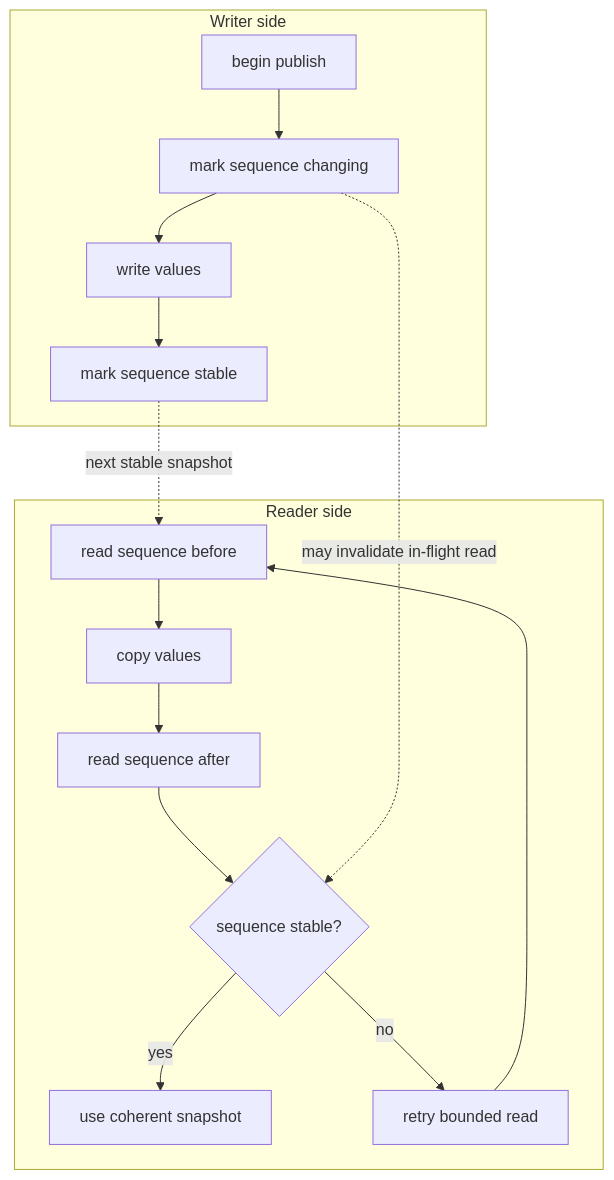
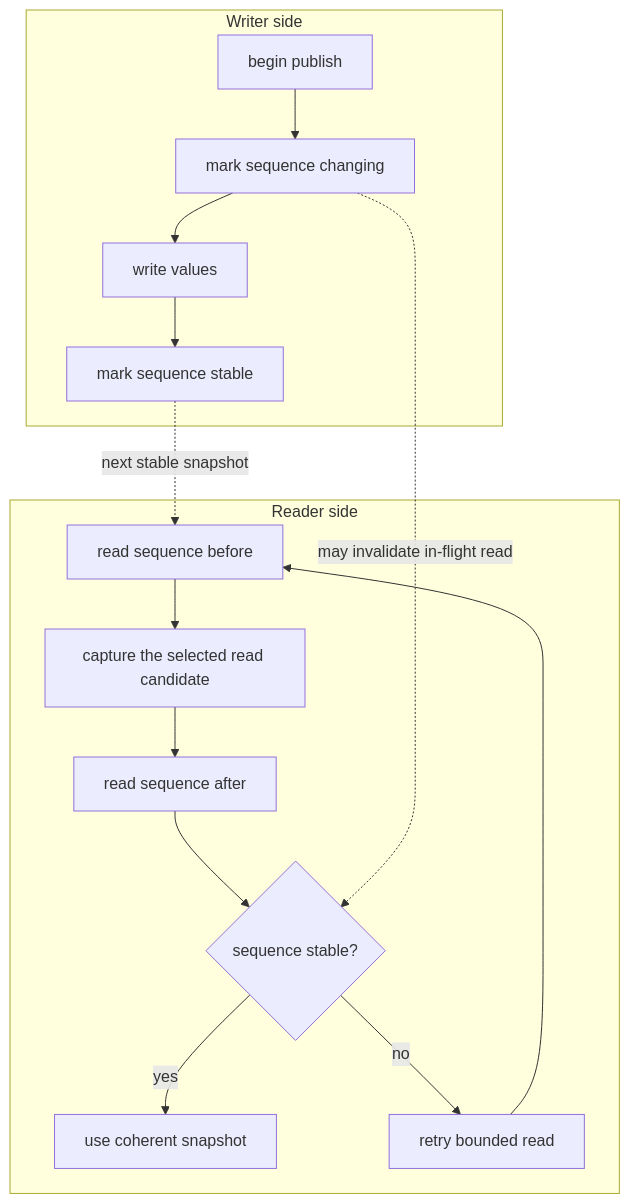
One commit to maikeleckelboom/exclave-seqlok changed the diagram in apps/docs/src/memory-layout.md. Above: the diagram before and after it, drawn with Mermaid. The commit also changed other lines of this file and 33 other files, not shown here.

````diff
--- a/apps/docs/src/memory-layout.md
+++ b/apps/docs/src/memory-layout.md
@@ -41,26 +42,26 @@
 ```mermaid
 flowchart TD
   subgraph writer["Writer side"]
     w1["begin publish"]
     w2["mark sequence changing"]
     w3["write values"]
     w4["mark sequence stable"]
   end
 
   subgraph reader["Reader side"]
     r1["read sequence before"]
-    r2["copy values"]
+    r2["capture the selected read candidate"]
     r3["read sequence after"]
     r4{"sequence stable?"}
     r5["use coherent snapshot"]
     r6["retry bounded read"]
   end
 
   w1 --> w2 --> w3 --> w4
   r1 --> r2 --> r3 --> r4
   r4 -->|yes| r5
   r4 -->|no| r6
   r6 --> r1
   w2 -. "may invalidate in-flight read" .-> r4
   w4 -. "next stable snapshot" .-> r1
 ```
````
